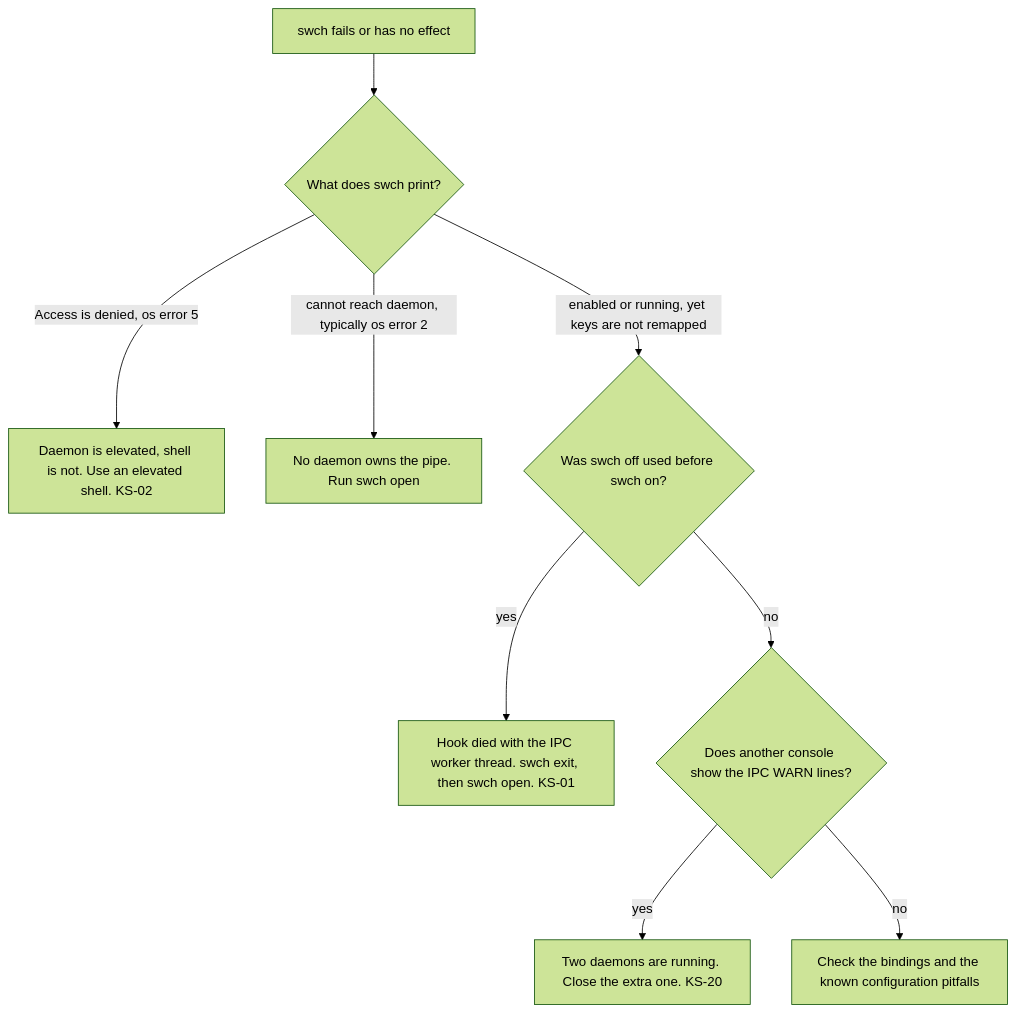
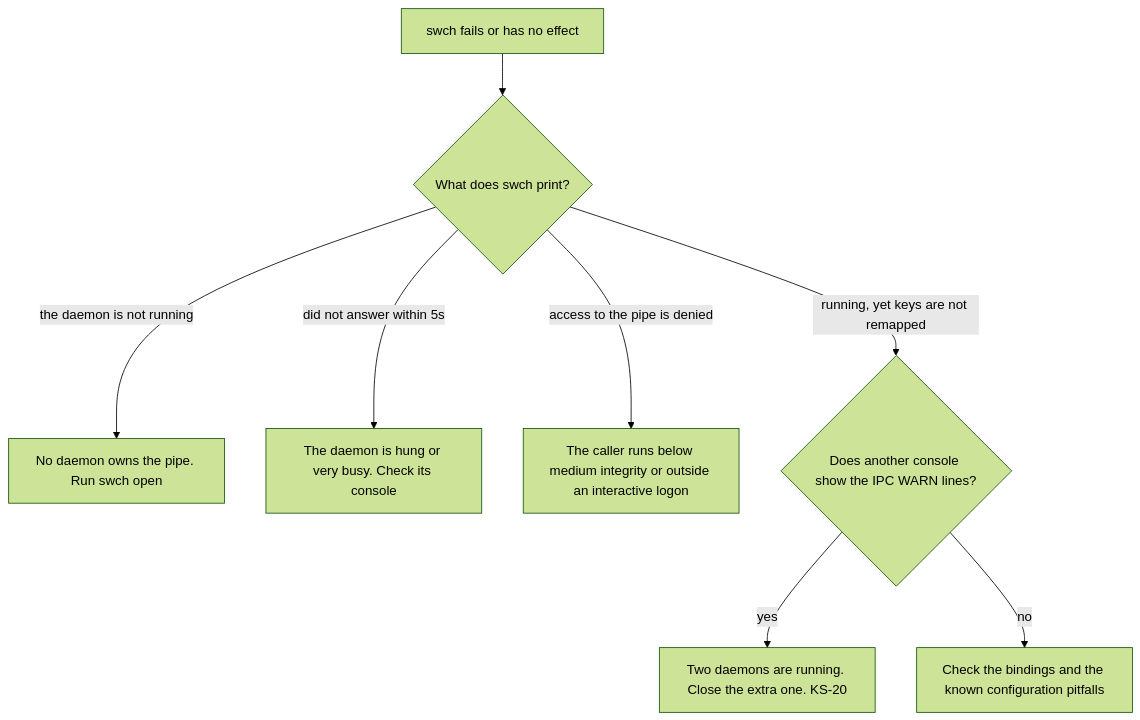
Before and after one commit to bluesteelll/key-switch-rs: the third of 3 diagrams in book/src/build-and-run.md, drawn with Mermaid (forest theme). The commit also changed other lines of this file and 19 other files, not shown here.

First line of the commit message:
Book: describe master after roadmap Phase 0 (1dfd80a)

````diff
--- a/book/src/build-and-run.md
+++ b/book/src/build-and-run.md
@@ -377,11 +401,10 @@
 ```mermaid
 flowchart TD
     A["swch fails or has no effect"] --> B{"What does swch print?"}
-    B -->|"Access is denied, os error 5"| C["Daemon is elevated, shell is not. Use an elevated shell. KS-02"]
-    B -->|"cannot reach daemon, typically os error 2"| D["No daemon owns the pipe. Run swch open"]
-    B -->|"enabled or running, yet keys are not remapped"| E{"Was swch off used before swch on?"}
-    E -->|yes| F["Hook died with the IPC worker thread. swch exit, then swch open. KS-01"]
-    E -->|no| G{"Does another console show the IPC WARN lines?"}
+    B -->|"the daemon is not running"| D["No daemon owns the pipe. Run swch open"]
+    B -->|"did not answer within 5s"| E["The daemon is hung or very busy. Check its console"]
+    B -->|"access to the pipe is denied"| F["The caller runs below medium integrity or outside an interactive logon"]
+    B -->|"running, yet keys are not remapped"| G{"Does another console show the IPC WARN lines?"}
     G -->|yes| H["Two daemons are running. Close the extra one. KS-20"]
     G -->|no| I["Check the bindings and the known configuration pitfalls"]
 ```
````
